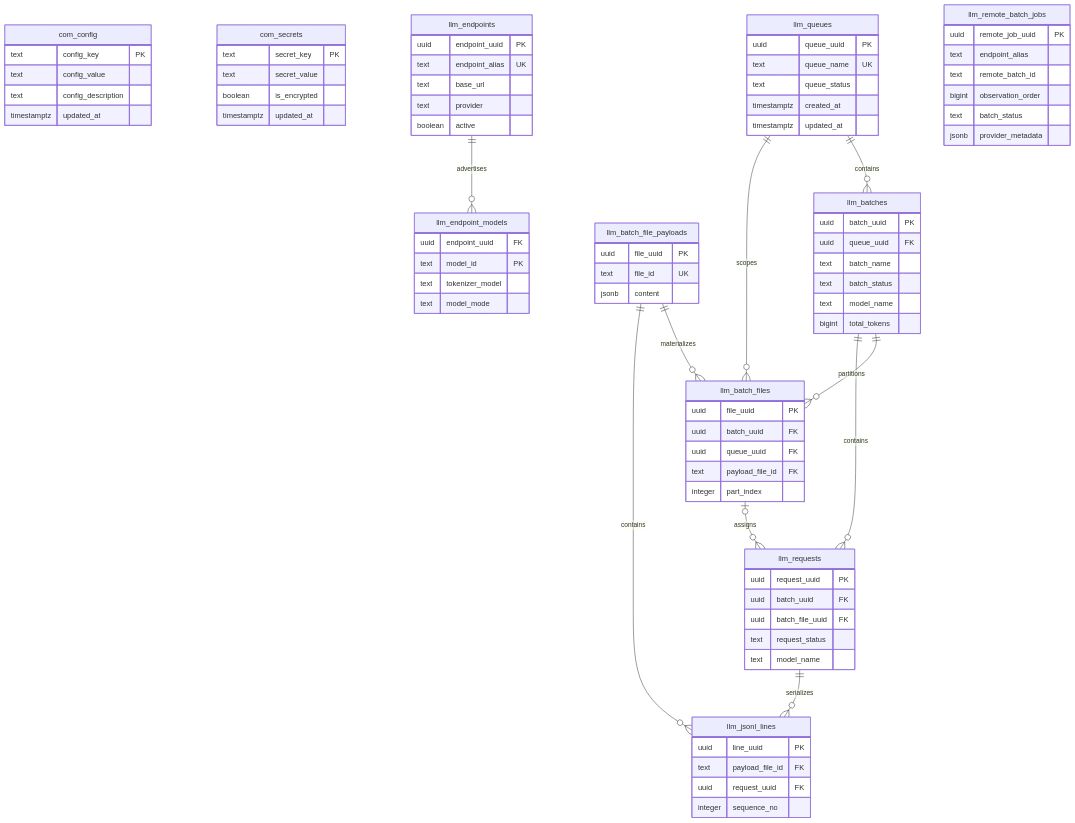
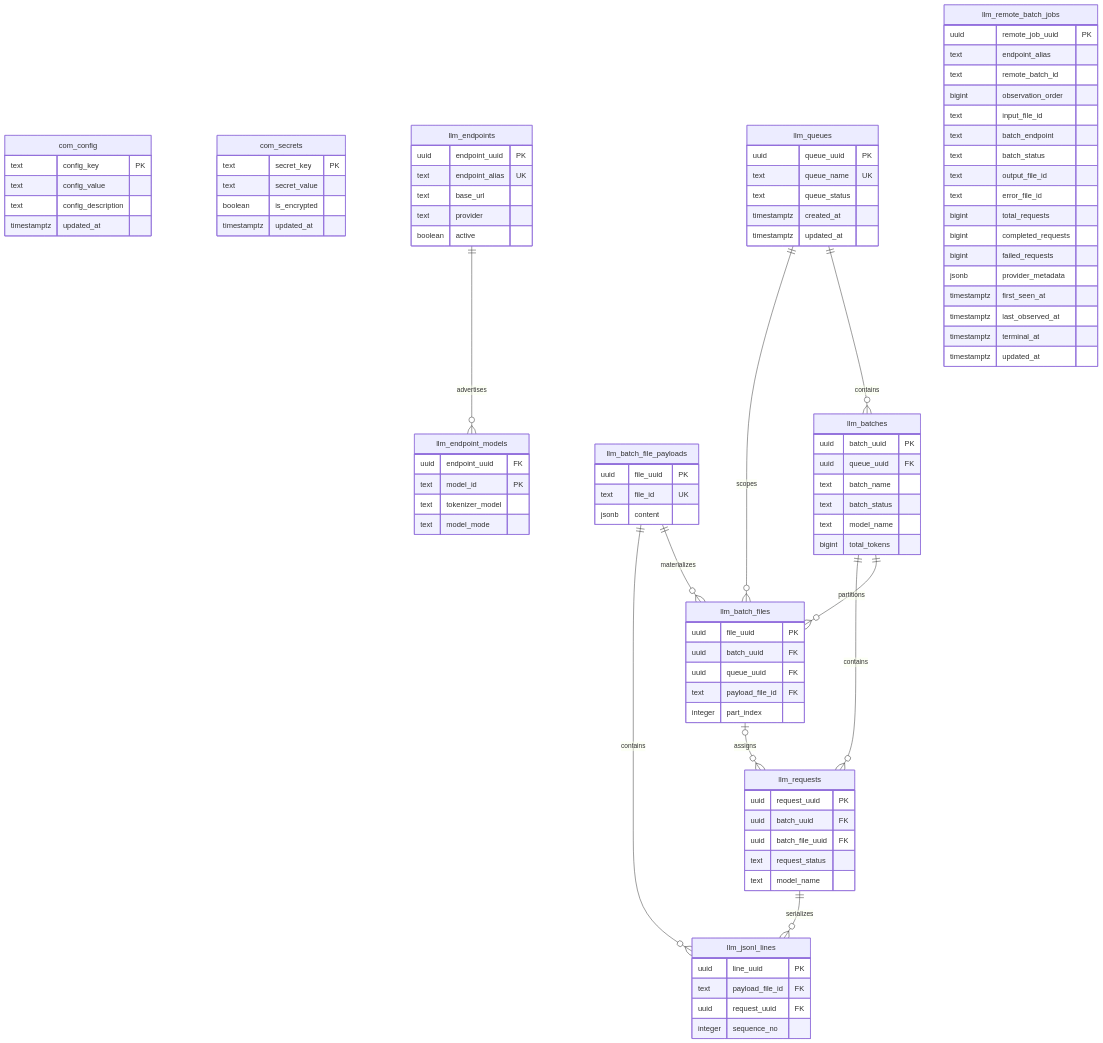
The first of 2 diagrams in docs/architecture/ERD.md (ContextualWisdomLab/pg-llm-batch), drawn with Mermaid before and after one commit. The commit also changed other lines of this file, not shown here.

Commit message:
docs(erd): complete durable lifecycle projection

```diff
--- a/docs/architecture/ERD.md
+++ b/docs/architecture/ERD.md
@@ -78,8 +78,19 @@
         text endpoint_alias
         text remote_batch_id
         bigint observation_order
+        text input_file_id
+        text batch_endpoint
         text batch_status
+        text output_file_id
+        text error_file_id
+        bigint total_requests
+        bigint completed_requests
+        bigint failed_requests
         jsonb provider_metadata
+        timestamptz first_seen_at
+        timestamptz last_observed_at
+        timestamptz terminal_at
+        timestamptz updated_at
     }
 
     llm_queues ||--o{ llm_batches : contains
```
